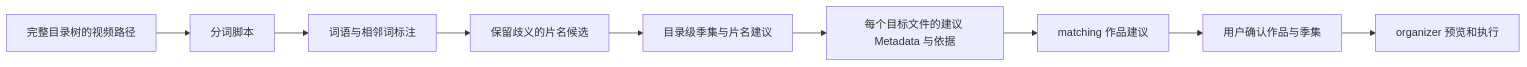
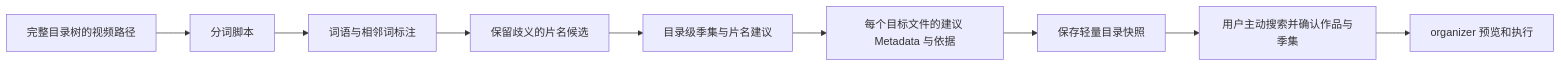
The diagram in docs/RECOGNITION.md (guhh110/JoyCurator), drawn with Mermaid before and after one commit. The commit also changed other lines of this file and 104 other files, not shown here.

````diff
--- a/docs/RECOGNITION.md
+++ b/docs/RECOGNITION.md
@@ -5,11 +5,11 @@
 ```mermaid
 flowchart LR
   A[完整目录树的视频路径] --> B[分词脚本]
   B --> C[词语与相邻词标注]
   C --> T[保留歧义的片名候选]
   T --> D[目录级季集与片名建议]
   D --> E[每个目标文件的建议 Metadata 与依据]
-  E --> F[matching 作品建议]
-  F --> G[用户确认作品与季集]
+  E --> F[保存轻量目录快照]
+  F --> G[用户主动搜索并确认作品与季集]
   G --> H[organizer 预览和执行]
 ```
````
